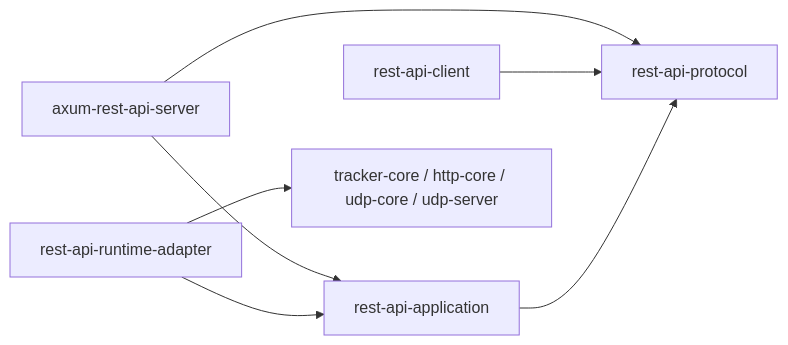
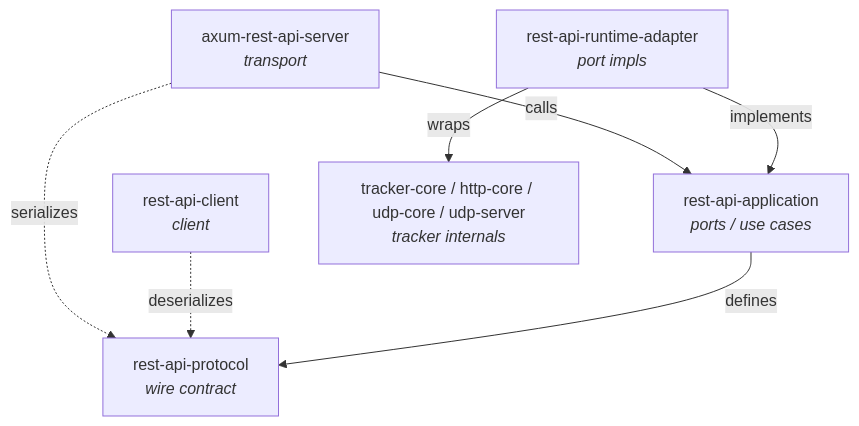
Before and after one commit to torrust/torrust-tracker: the diagram in docs/packages.md, drawn with Mermaid.

Commit message:
docs: reorder REST API architecture diagram top-down
Restructure the Mermaid diagram so outer layers (transport, client)
appear at the top and inner layers (runtime adapter, tracker internals)
at the bottom, matching the server -> core -> protocol convention.

Solid arrows: direct calls/implementation
Dashed arrows: serialization/deserialization of shared contract

Part of EPIC #1669

````diff
--- a/docs/packages.md
+++ b/docs/packages.md
@@ -65,16 +65,16 @@
 ```mermaid
-flowchart LR
-    Protocol[rest-api-protocol]
-    Application[rest-api-application]
-    Adapter[rest-api-runtime-adapter]
-    Transport[axum-rest-api-server]
-    Client[rest-api-client]
-    TrackerInternals[tracker-core / http-core / udp-core / udp-server]
+flowchart TB
+    Transport["axum-rest-api-server<br><em>transport</em>"]
+    Client["rest-api-client<br><em>client</em>"]
+    Application["rest-api-application<br><em>ports / use cases</em>"]
+    Adapter["rest-api-runtime-adapter<br><em>port impls</em>"]
+    Internals["tracker-core / http-core / udp-core / udp-server<br><em>tracker internals</em>"]
+    Protocol["rest-api-protocol<br><em>wire contract</em>"]
 
-    Transport --> Application
-    Transport --> Protocol
-    Client --> Protocol
-    Application --> Protocol
-    Adapter --> Application
-    Adapter --> TrackerInternals
+    Transport -->|calls| Application
+    Adapter -->|implements| Application
+    Adapter -->|wraps| Internals
+    Transport -.->|serializes| Protocol
+    Client -.->|deserializes| Protocol
+    Application -->|defines| Protocol
 ```
````
